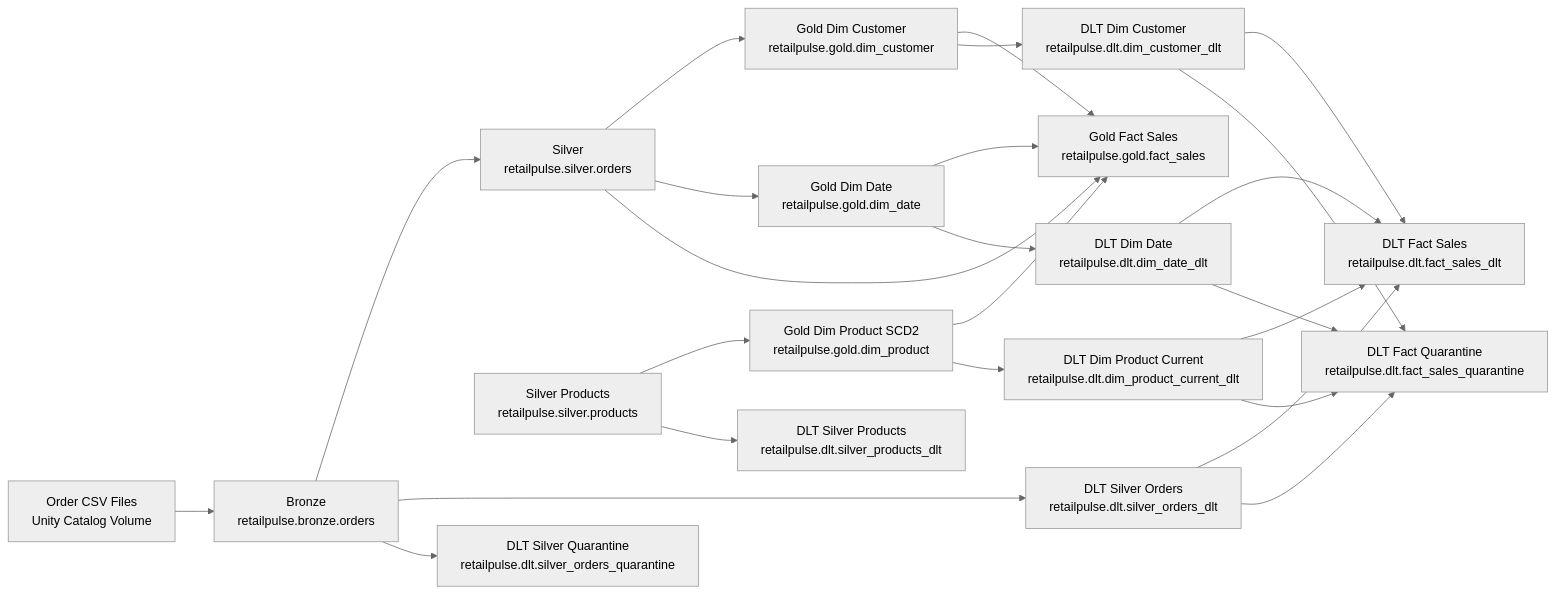
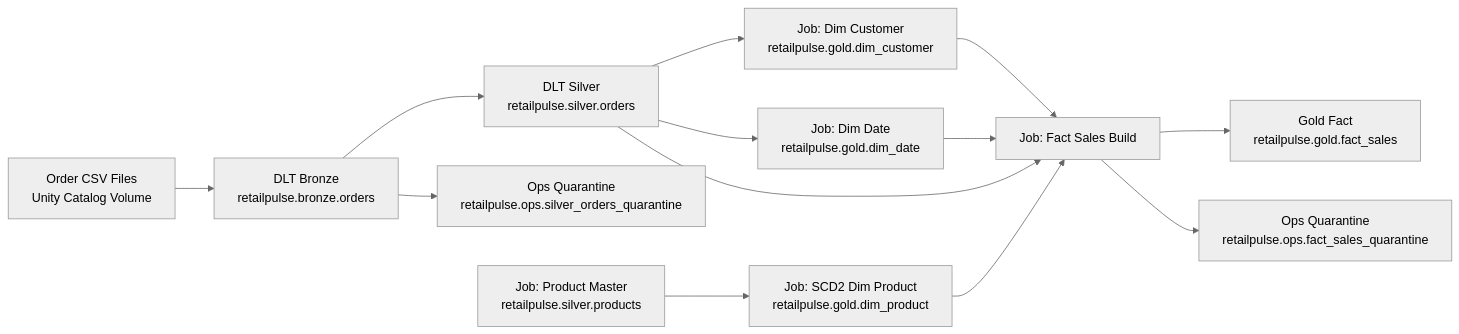
Before and after one commit to somaazure/RETAILPULSE-databricks-lakehouse: the diagram in README.MD, drawn with Mermaid (neutral theme). The commit also changed other lines of this file and 17 other files, not shown here.

Commit message:
Add enterprise orchestration flow and AI skill updates

````diff
--- a/README.MD
+++ b/README.MD
@@ -43,27 +12,18 @@
 ```mermaid
 flowchart LR
-    A[Order CSV Files\nUnity Catalog Volume] --> B[Bronze\nretailpulse.bronze.orders]
-    B --> C[Silver\nretailpulse.silver.orders]
-    C --> D[Gold Dim Customer\nretailpulse.gold.dim_customer]
-    C --> E[Gold Dim Date\nretailpulse.gold.dim_date]
-    F[Silver Products\nretailpulse.silver.products] --> G[Gold Dim Product SCD2\nretailpulse.gold.dim_product]
-    C --> H[Gold Fact Sales\nretailpulse.gold.fact_sales]
-    D --> H
-    E --> H
-    G --> H
+    A[Order CSV Files\nUnity Catalog Volume] --> B[DLT Bronze\nretailpulse.bronze.orders]
+    B --> C[DLT Silver\nretailpulse.silver.orders]
+    B --> Q1[Ops Quarantine\nretailpulse.ops.silver_orders_quarantine]
 
-    B --> I[DLT Silver Orders\nretailpulse.dlt.silver_orders_dlt]
-    B --> J[DLT Silver Quarantine\nretailpulse.dlt.silver_orders_quarantine]
-    F --> K[DLT Silver Products\nretailpulse.dlt.silver_products_dlt]
-    G --> L[DLT Dim Product Current\nretailpulse.dlt.dim_product_current_dlt]
-    D --> M[DLT Dim Customer\nretailpulse.dlt.dim_customer_dlt]
-    E --> N[DLT Dim Date\nretailpulse.dlt.dim_date_dlt]
-    I --> O[DLT Fact Sales\nretailpulse.dlt.fact_sales_dlt]
-    I --> P[DLT Fact Quarantine\nretailpulse.dlt.fact_sales_quarantine]
-    L --> O
-    M --> O
-    N --> O
-    L --> P
-    M --> P
-    N --> P
+    C --> D[Job: Dim Customer\nretailpulse.gold.dim_customer]
+    C --> E[Job: Dim Date\nretailpulse.gold.dim_date]
+    C --> F[Job: Fact Sales Build]
+
+    P[Job: Product Master\nretailpulse.silver.products] --> G[Job: SCD2 Dim Product\nretailpulse.gold.dim_product]
+    G --> F
+    D --> F
+    E --> F
+
+    F --> H[Gold Fact\nretailpulse.gold.fact_sales]
+    F --> Q2[Ops Quarantine\nretailpulse.ops.fact_sales_quarantine]
 ```
````
